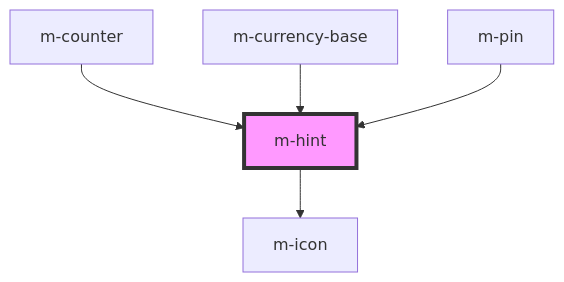
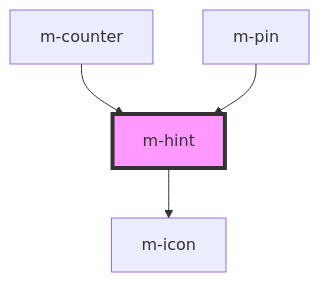
One commit to dynamic-framework/dynamic-ui changed the diagram in libraries/modyo-design-system/src/components/m-hint/readme.md. Above: the diagram before and after it, drawn with Mermaid. The commit also changed other lines of this file and 28 other files, not shown here.

````diff
--- a/libraries/modyo-design-system/src/components/m-hint/readme.md
+++ b/libraries/modyo-design-system/src/components/m-hint/readme.md
@@ -36,8 +35,7 @@
 ```mermaid
 graph TD;
   m-hint --> m-icon
   m-counter --> m-hint
-  m-currency-base --> m-hint
   m-pin --> m-hint
   style m-hint fill:#f9f,stroke:#333,stroke-width:4px
 ```
````
